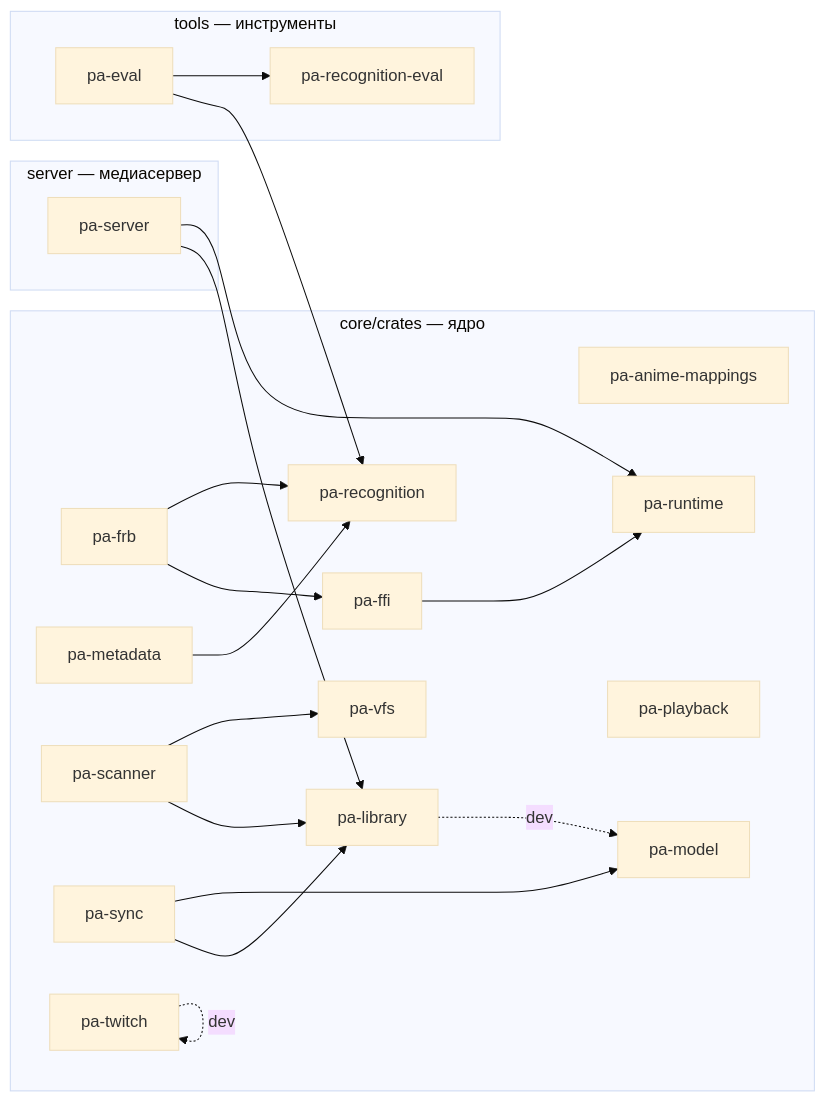
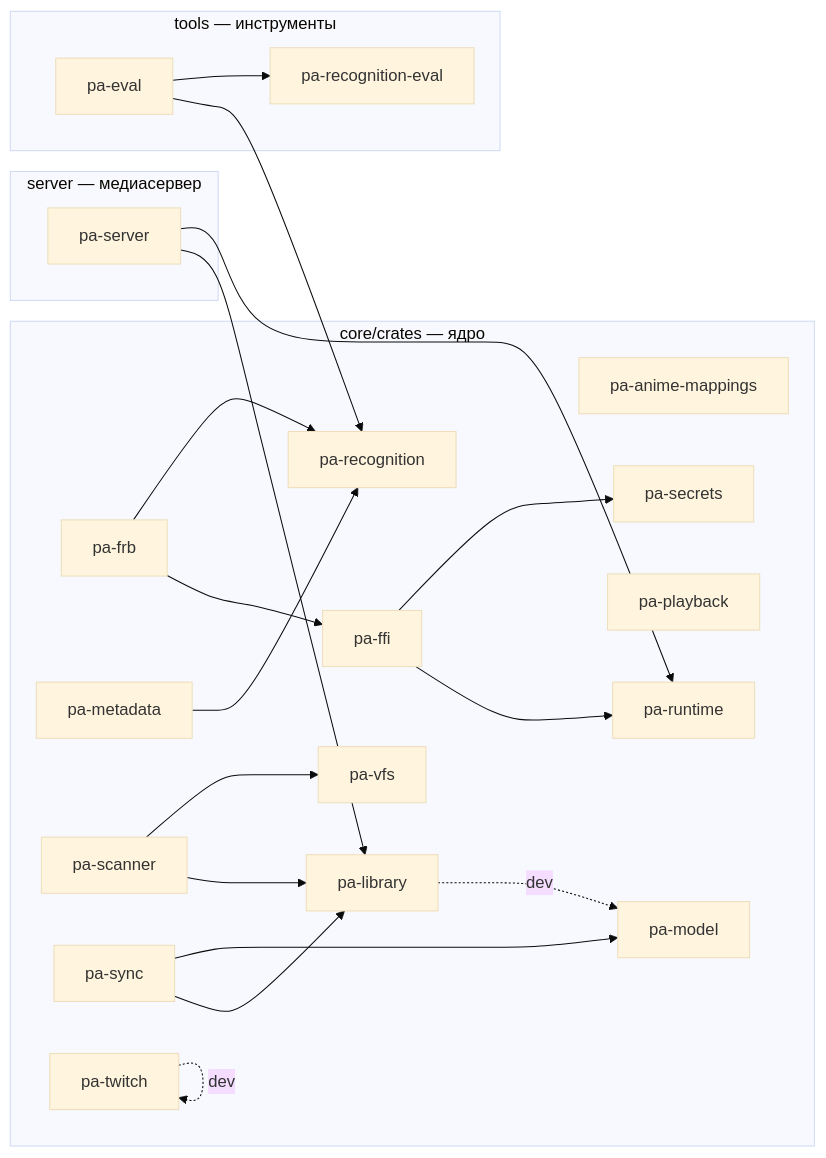
The diagram in docs/dev/crate-graph.md (DenisHumen/project_alpha), drawn with Mermaid (base theme) before and after one commit. The commit also changed other lines of this file and 1 other file, not shown here.

Commit message:
chore(core): Cargo.lock and crate graph for pa-secrets [CORE-007]

````diff
--- a/docs/dev/crate-graph.md
+++ b/docs/dev/crate-graph.md
@@ -12,39 +12,41 @@
 ```mermaid
 flowchart LR
   subgraph g0["core/crates — ядро"]
     pa_anime_mappings["pa-anime-mappings"]
     pa_ffi["pa-ffi"]
     pa_frb["pa-frb"]
     pa_library["pa-library"]
     pa_metadata["pa-metadata"]
     pa_model["pa-model"]
     pa_playback["pa-playback"]
     pa_recognition["pa-recognition"]
     pa_runtime["pa-runtime"]
     pa_scanner["pa-scanner"]
+    pa_secrets["pa-secrets"]
     pa_sync["pa-sync"]
     pa_twitch["pa-twitch"]
     pa_vfs["pa-vfs"]
   end
   subgraph g1["server — медиасервер"]
     pa_server["pa-server"]
   end
   subgraph g2["tools — инструменты"]
     pa_eval["pa-eval"]
     pa_recognition_eval["pa-recognition-eval"]
   end
   pa_eval --> pa_recognition
   pa_eval --> pa_recognition_eval
   pa_ffi --> pa_runtime
+  pa_ffi --> pa_secrets
   pa_frb --> pa_ffi
   pa_frb --> pa_recognition
   pa_library -. dev .-> pa_model
   pa_metadata --> pa_recognition
   pa_scanner --> pa_library
   pa_scanner --> pa_vfs
   pa_server --> pa_library
   pa_server --> pa_runtime
   pa_sync --> pa_library
   pa_sync --> pa_model
   pa_twitch -. dev .-> pa_twitch
 ```
````
